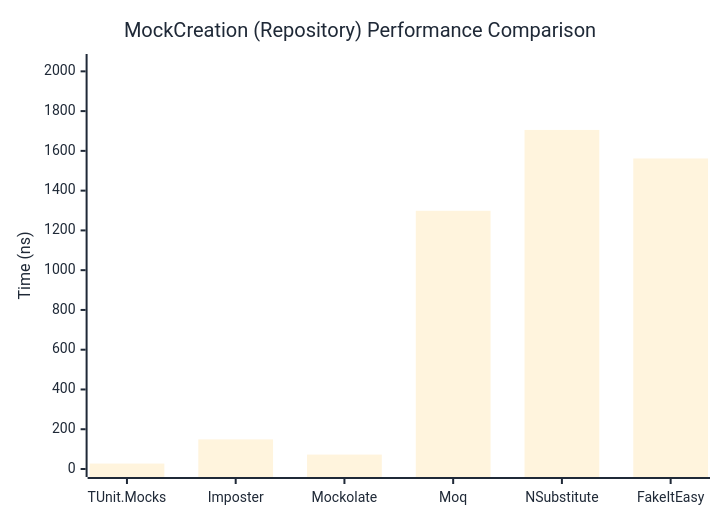
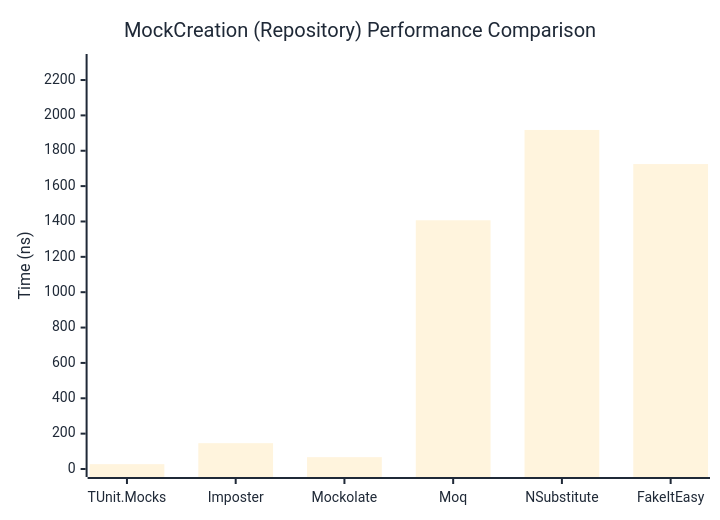
One commit to thomhurst/TUnit changed the second of 2 diagrams in docs/docs/benchmarks/mocks/MockCreation.md. Above: the diagram before and after it, drawn with Mermaid. The commit also changed other lines of this file and 14 other files, not shown here.

````diff
--- a/docs/docs/benchmarks/mocks/MockCreation.md
+++ b/docs/docs/benchmarks/mocks/MockCreation.md
@@ -69,27 +69,27 @@
 ```mermaid
 %%{init: {
   'theme':'base',
   'themeVariables': {
     'primaryColor': '#2563eb',
     'primaryTextColor': '#1f2937',
     'primaryBorderColor': '#1e40af',
     'lineColor': '#6b7280',
     'secondaryColor': '#7c3aed',
     'tertiaryColor': '#dc2626',
     'background': '#ffffff',
     'pie1': '#2563eb',
     'pie2': '#7c3aed',
     'pie3': '#dc2626',
     'pie4': '#f59e0b',
     'pie5': '#10b981',
     'pie6': '#06b6d4',
     'pie7': '#ec4899',
     'pie8': '#6366f1'
   }
 }}%%
 xychart-beta
   title "MockCreation (Repository) Performance Comparison"
   x-axis ["TUnit.Mocks", "Imposter", "Mockolate", "Moq", "NSubstitute", "FakeItEasy"]
-  y-axis "Time (ns)" 0 --> 2047
-  bar [27.42, 148.9, 72.5, 1298.65, 1705.27, 1561.77]
+  y-axis "Time (ns)" 0 --> 2302
+  bar [27.34, 146.08, 66.96, 1406.71, 1917.56, 1724.61]
 ```
````
